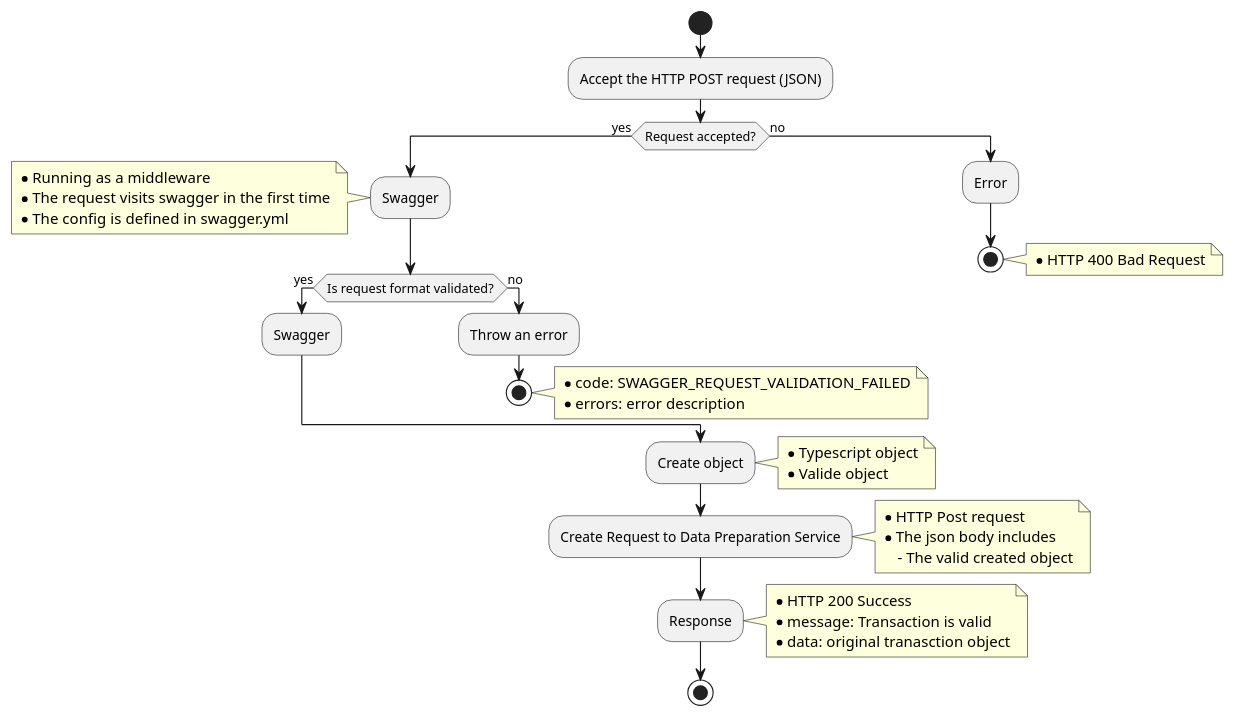
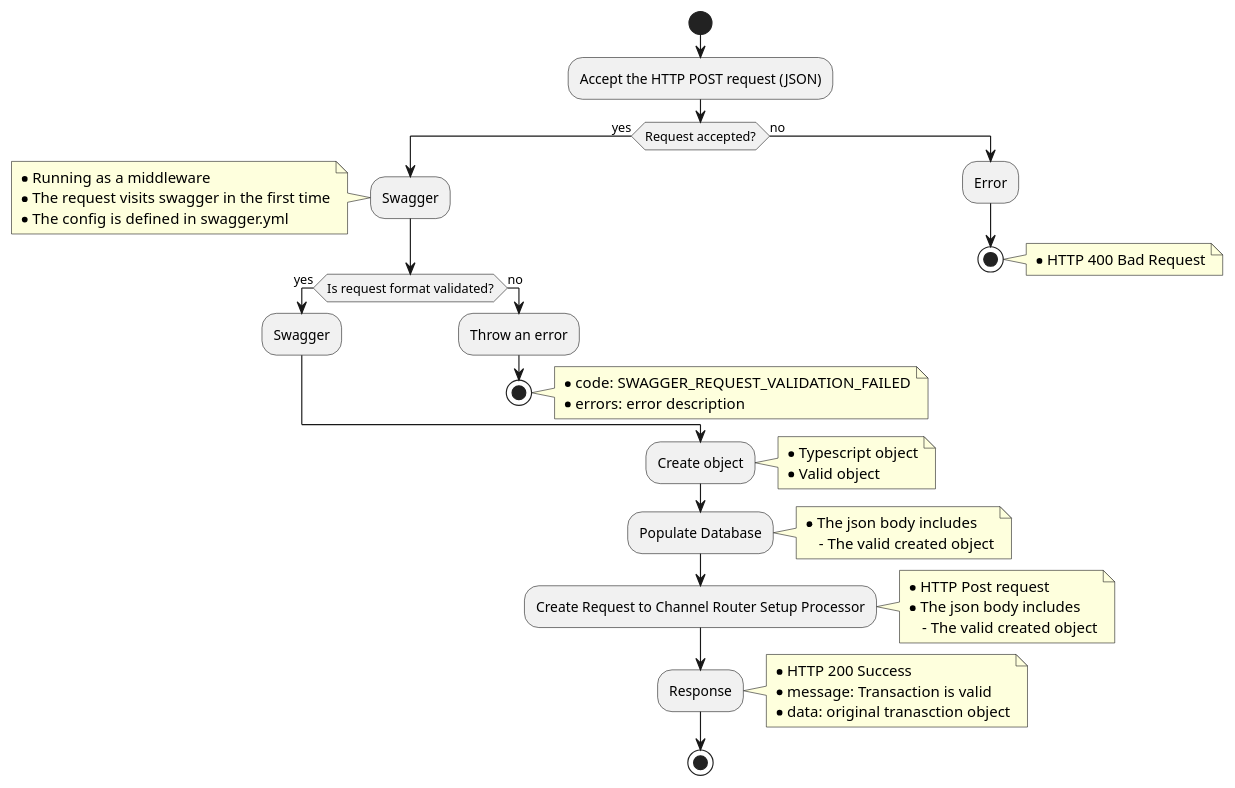
The diagram in services/Transaction-Monitoring-Service.plantuml (frmscoe/uml-diagrams), drawn with PlantUML before and after one commit. The commit also changed 1 other file, not shown here.

```diff
--- a/services/Transaction-Monitoring-Service.plantuml
+++ b/services/Transaction-Monitoring-Service.plantuml
@@ -1,52 +1,58 @@
 @startuml
 !pragma useVerticalIf on
 start
 :Accept the HTTP POST request (JSON);
 
 if (Request accepted?) then (yes)
     :Swagger;
     note left
         * Running as a middleware
         * The request visits swagger in the first time
         * The config is defined in swagger.yml
     end note
         if (Is request format validated?) then (yes)
         :Swagger;
         else (no)
         :Throw an error;
         stop
         note right
             * code: SWAGGER_REQUEST_VALIDATION_FAILED
             * errors: error description
         end note
         endif
 else (no)
   :Error;
   stop
     note right
         * HTTP 400 Bad Request
     end note
 endif
 
 :Create object;
 note right
     * Typescript object
-    * Valide object
+    * Valid object
 end note
 
-:Create Request to Data Preparation Service;
+:Populate Database;
+note right
+    * The json body includes
+        - The valid created object
+end note
+
+:Create Request to Channel Router Setup Processor;
 note right
     * HTTP Post request
     * The json body includes
         - The valid created object
 end note
 
 :Response;
 note right
     * HTTP 200 Success
     * message: Transaction is valid
     * data: original tranasction object
 end note
 
 stop
 @enduml
```
